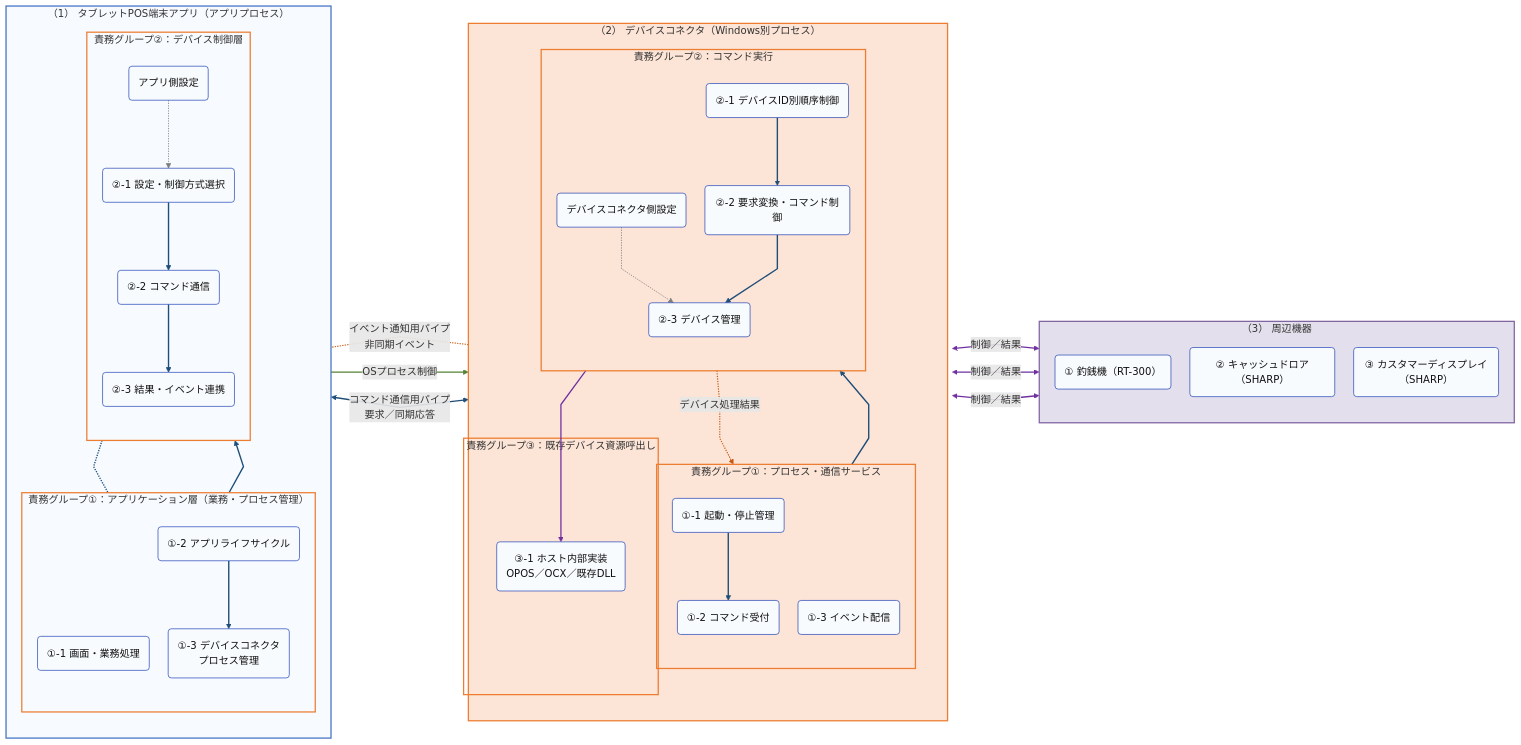
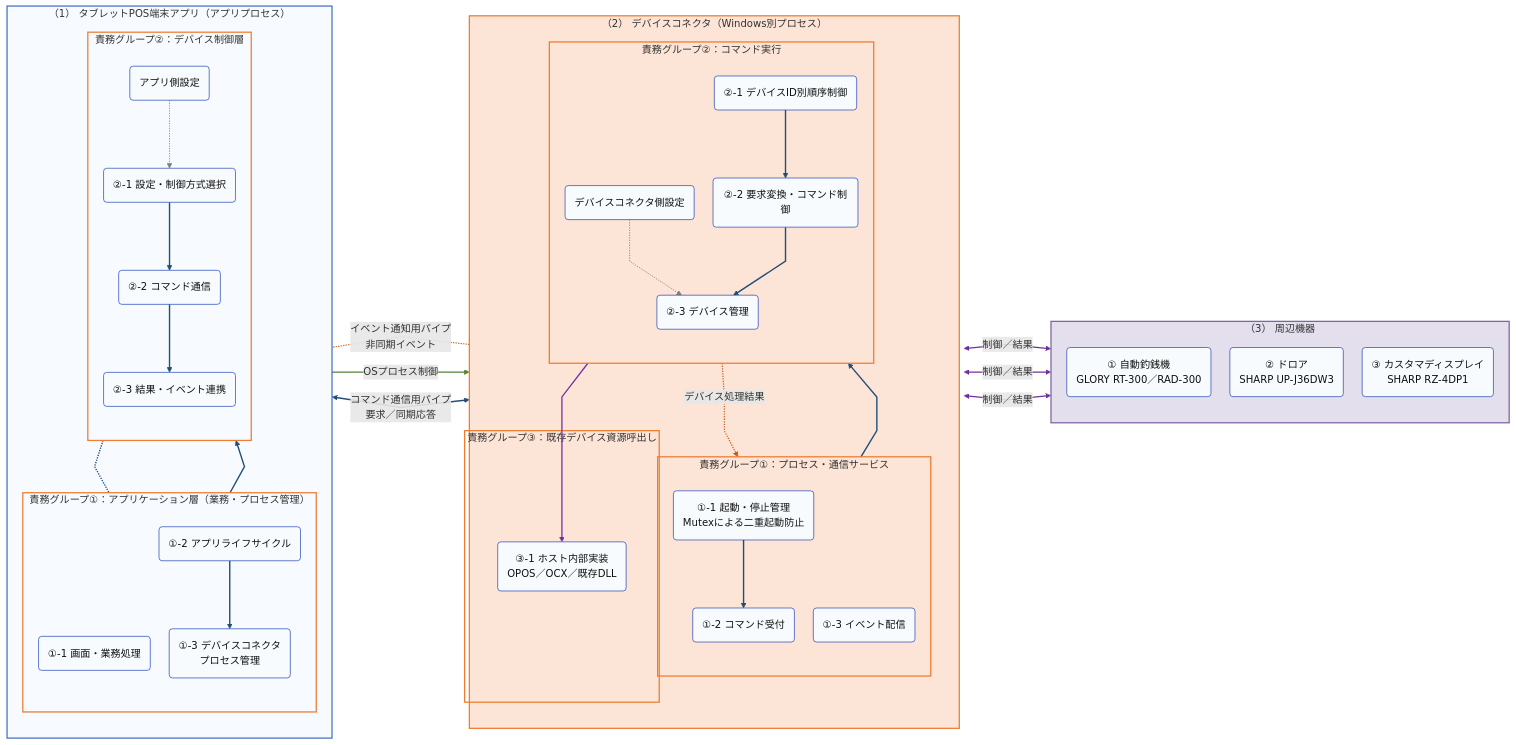
The second of 3 diagrams in artifacts/reports/architecture/ARCH-HOST-01_タブレットPOS_デバイスコネクタ基本設計書/ARCH-HOST-01_タブレットPOS_デバイスコネクタ基本設計書.md (vti-sam/smj-ks-pos-stored), drawn with Mermaid before and after one commit. The commit also changed other lines of this file and 19 other files, not shown here.

````diff
--- a/artifacts/reports/architecture/ARCH-HOST-01_タブレットPOS_デバイスコネクタ基本設計書/ARCH-HOST-01_タブレットPOS_デバイスコネクタ基本設計書.md
+++ b/artifacts/reports/architecture/ARCH-HOST-01_タブレットPOS_デバイスコネクタ基本設計書/ARCH-HOST-01_タブレットPOS_デバイスコネクタ基本設計書.md
@@ -243,81 +245,81 @@
 ```mermaid
 %%{init: {"flowchart": {"defaultRenderer": "dagre", "curve": "linear", "nodeSpacing": 30, "rankSpacing": 58}}}%%
 flowchart RL
     subgraph APP["（1） タブレットPOS端末アプリ（アプリプロセス）"]
         direction TB
         subgraph APP_COORD["責務グループ①：アプリケーション層（業務・プロセス管理）"]
             direction TB
             BUSINESS("①-1 画面・業務処理")
             LIFECYCLE("①-2 アプリライフサイクル")
             PROCESS("①-3 デバイスコネクタ<br/>プロセス管理")
             LIFECYCLE --> PROCESS
         end
         subgraph APP_ACCESS["責務グループ②：デバイス制御層"]
             direction TB
             APP_SETTING("アプリ側設定")
             SELECT("②-1 設定・制御方式選択")
             COMMAND("②-2 コマンド通信")
             RESULT("②-3 結果・イベント連携")
             APP_SETTING -.-> SELECT
             SELECT --> COMMAND --> RESULT
         end
         BUSINESS --> SELECT
         RESULT -.- BUSINESS
     end
 
     subgraph HOST["（2） デバイスコネクタ（Windows別プロセス）"]
         direction TB
         subgraph HOST_SERVICE["責務グループ①：プロセス・通信サービス"]
             direction TB
-            RUNTIME("①-1 起動・停止管理")
+            RUNTIME("①-1 起動・停止管理<br/>Mutexによる二重起動防止")
             SERVER("①-2 コマンド受付")
             EVENT("①-3 イベント配信")
             RUNTIME --> SERVER
         end
         subgraph HOST_EXEC["責務グループ②：コマンド実行"]
             direction TB
             HOST_SETTING("デバイスコネクタ側設定")
             ORDER("②-1 デバイスID別順序制御")
             CONTROL("②-2 要求変換・コマンド制御")
             MANAGER("②-3 デバイス管理")
             HOST_SETTING -.-> MANAGER
             ORDER --> CONTROL --> MANAGER
         end
         subgraph HOST_ADAPTER["責務グループ③：既存デバイス資源呼出し"]
             ADAPTER("③-1 ホスト内部実装<br/>OPOS／OCX／既存DLL")
         end
         SERVER --> ORDER
         MANAGER --> ADAPTER
         MANAGER -.->|デバイス処理結果| EVENT
     end
 
     subgraph DEVICE["（3） 周辺機器"]
         direction TB
-        CASH("① 釣銭機（RT-300）")
-        DRAWER("② キャッシュドロア（SHARP）")
-        DISPLAY("③ カスタマーディスプレイ（SHARP）")
+        CASH("① 自動釣銭機<br/>GLORY RT-300／RAD-300")
+        DRAWER("② ドロア<br/>SHARP UP-J36DW3")
+        DISPLAY("③ カスタマディスプレイ<br/>SHARP RZ-4DP1")
     end
 
     PROCESS -->|OSプロセス制御| RUNTIME
     COMMAND <-->|コマンド通信用パイプ<br/>要求／同期応答| SERVER
     EVENT -.-|イベント通知用パイプ<br/>非同期イベント| RESULT
     CASH <-->|制御／結果| ADAPTER
     DRAWER <-->|制御／結果| ADAPTER
     DISPLAY <-->|制御／結果| ADAPTER
 
     classDef component fill:#F8FBFD,stroke:#0D32B2,color:#111111
     class BUSINESS,LIFECYCLE,PROCESS,APP_SETTING,SELECT,COMMAND,RESULT,RUNTIME,SERVER,EVENT,HOST_SETTING,ORDER,CONTROL,MANAGER,ADAPTER,CASH,DRAWER,DISPLAY component
     style APP fill:#F7FBFF,stroke:#4472C4,stroke-width:2px
     style APP_COORD fill:none,stroke:#ED7D31,stroke-width:2px
     style APP_ACCESS fill:none,stroke:#ED7D31,stroke-width:2px
     style HOST fill:#FCE4D6,stroke:#ED7D31,stroke-width:2px
     style HOST_SERVICE fill:none,stroke:#ED7D31,stroke-width:2px
     style HOST_EXEC fill:none,stroke:#ED7D31,stroke-width:2px
     style HOST_ADAPTER fill:none,stroke:#ED7D31,stroke-width:2px
     style DEVICE fill:#E4DFEC,stroke:#8064A2,stroke-width:2px
     linkStyle 0,2,3,4,5,6,8,9,10,14 stroke:#1F4E79,stroke-width:2.2px
     linkStyle 1,7 stroke:#7F7F7F,stroke-width:1.3px
     linkStyle 12,15 stroke:#C65911,stroke-width:1.8px
     linkStyle 13 stroke:#548235,stroke-width:1.8px
     linkStyle 11,16,17,18 stroke:#7030A0,stroke-width:2px
 ```
````
